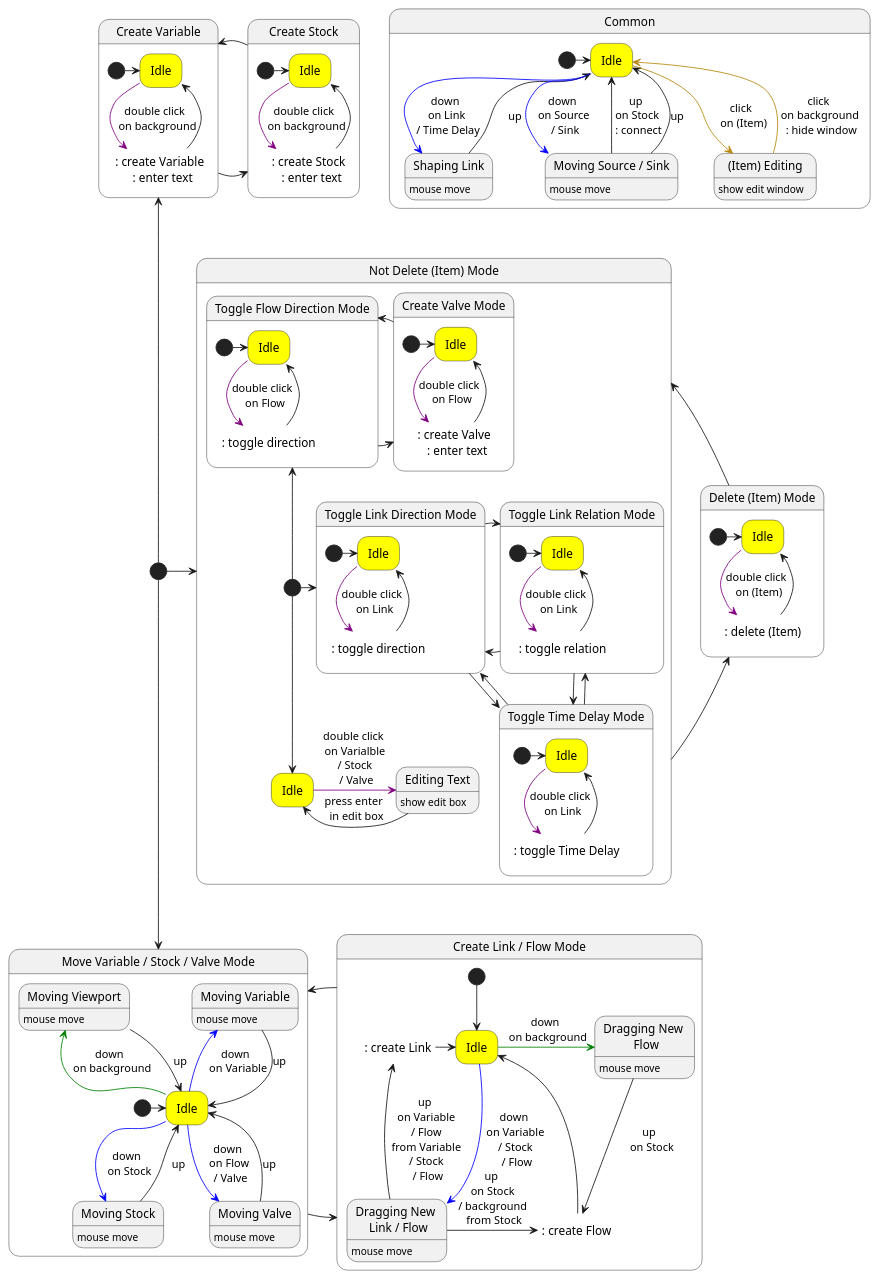
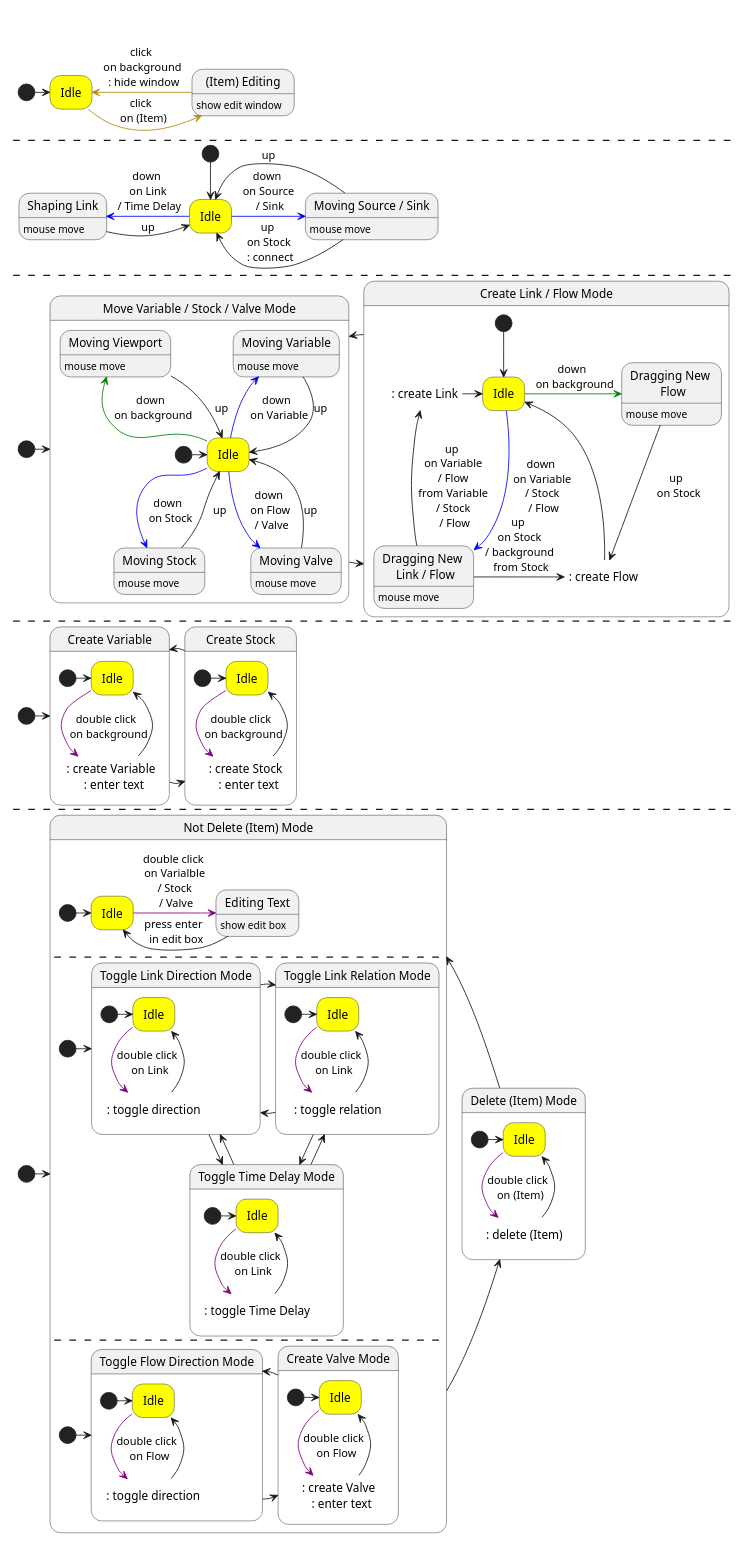
The diagram in docusaurus/docs/interaction.md (cidhuang/system-dynamics-tool), drawn with PlantUML before and after one commit.

Commit message:
docs: update interaction page

````diff
--- a/docusaurus/docs/interaction.md
+++ b/docusaurus/docs/interaction.md
@@ -98,185 +98,199 @@
 @startuml Interaction
 hide empty description
 
-state "Common" as common {
+state " " as common #white ##white {
+
+  [*] -> idleEdit
+  state "Idle" as idleEdit #yellow
+  state "(Item) Editing" as editing : show edit window
+  idleEdit -[#darkgoldenrod]> editing : click \n on (Item)
+  editing -up[#darkgoldenrod]> idleEdit : click \n on background \n : hide window
+
+  --
+
   state "Idle" as idle #yellow
   state "Shaping Link" as shapeLink : mouse move
   state "Moving Source / Sink" as moveSourceSink : mouse move
 
-  [*] -> idle
-  idle -[#blue]-> shapeLink : down \n on Link \n / Time Delay
-  shapeLink -up-> idle : up
+  [*] --> idle
+  idle -left[#blue]> shapeLink : down \n on Link \n / Time Delay
+  shapeLink -> idle : up
 
-  idle -[#blue]-> moveSourceSink : down \n on Source \n / Sink
-  moveSourceSink -up-> idle : up \n on Stock \n : connect
-  moveSourceSink -up-> idle : up
+  idle -[#blue]> moveSourceSink : down \n on Source \n / Sink
+  moveSourceSink -> idle : up \n on Stock \n : connect
+  moveSourceSink -> idle : up
 
-  state "(Item) Editing" as editing : show edit window
-  idle -[#darkgoldenrod]-> editing : click \n on (Item)
-  editing -up[#darkgoldenrod]-> idle : click \n on background \n : hide window
+  --
+
+  state "Move Variable / Stock / Valve Mode" as modeMoveVariableStock {
+    state "Idle" as idleMoveVariable #yellow
+    state "Moving Variable" as moveVariable : mouse move
+    state "Moving Stock" as moveStock : mouse move
+    state "Moving Valve" as moveValve : mouse move
+    state "Moving Viewport" as moveViewport : mouse move
+
+    [*] -> idleMoveVariable
+
+    idleMoveVariable -up[#blue]-> moveVariable : down \n on Variable
+    moveVariable --> idleMoveVariable : up
+
+    idleMoveVariable -[#blue]-> moveStock : down \n on Stock
+    moveStock -up-> idleMoveVariable : up
+
+    idleMoveVariable -[#blue]-> moveValve : down \n on Flow \n / Valve
+    moveValve -up-> idleMoveVariable : up
+
+    idleMoveVariable -up[#green]-> moveViewport : down \n on background
+    moveViewport --> idleMoveVariable : up
+
+  }
+
+  state "Create Link / Flow Mode" as modeAddLinkFlow {
+    state "Idle" as idleAddLink #yellow
+    state "Dragging New \n Link / Flow" as dragNewLinkFlow : mouse move
+    state ": create Link" as addLink #white ##white
+    state ": create Flow" as addFlow #white ##white
+    state "Dragging New \n Flow" as dragNewFlow : mouse move
+
+    [*] --> idleAddLink
+
+    idleAddLink -[#blue]-> dragNewLinkFlow : down \n on Variable \n / Stock \n / Flow
+
+    dragNewLinkFlow -up-> addLink : up \n on Variable \n / Flow \n from Variable \n / Stock \n / Flow
+    addLink -> idleAddLink
+
+    dragNewLinkFlow -> addFlow : up \n on Stock \n / background \n from Stock
+    addFlow -up-> idleAddLink
+
+    idleAddLink -[#green]> dragNewFlow : down \n on background
+    dragNewFlow --> addFlow : up \n on Stock
+
+  }
+
+  [*] -> modeMoveVariableStock
+  modeMoveVariableStock -> modeAddLinkFlow
+  modeAddLinkFlow -left> modeMoveVariableStock
+
+  --
+
+  state "Create Variable" as createVariableMode {
+    state "Idle" as idleCreateVariable #yellow
+    state ": create Variable \n : enter text" as createVariable #white ##white
+
+    [*] -> idleCreateVariable
+    idleCreateVariable -[#purple]-> createVariable : double click \n on background
+    createVariable -up-> idleCreateVariable
+
+  }
+
+  state "Create Stock" as createStockMode {
+    state "Idle" as idleCreateStock #yellow
+    state ": create Stock \n : enter text" as createStock #white ##white
+
+    [*] -> idleCreateStock
+    idleCreateStock -[#purple]-> createStock : double click \n on background
+    createStock -up-> idleCreateStock
+
+  }
+
+  [*] -> createVariableMode
+  createVariableMode -> createStockMode
+  createStockMode -> createVariableMode
+
+  --
+
+  state "Delete (Item) Mode" as deleteItemMode {
+    state "Idle" as idleDelete #yellow
+    state ": delete (Item)" as deleteItem #white ##white
+
+    [*] -> idleDelete
+    idleDelete -[#purple]-> deleteItem : double click \n on (Item)
+    deleteItem -up-> idleDelete
+
+  }
+
+  state "Not Delete (Item) Mode" as notDeleteItemMode {
+    state "Idle" as idleNotDeleteItemMode #yellow
+    state "Editing Text" as editText : show edit box
+
+    [*] -> idleNotDeleteItemMode
+    idleNotDeleteItemMode -[#purple]> editText : double click \n on Varialble \n / Stock \n / Valve
+    editText -> idleNotDeleteItemMode : press enter \n in edit box
+
+    --
+
+    state "Toggle Link Direction Mode" as toggleLinkDirectionMode {
+      state "Idle" as idleLinkDirection #yellow
+      state ": toggle direction" as toggleLinkDirection #white ##white
+
+      [*] -> idleLinkDirection
+      idleLinkDirection -[#purple]-> toggleLinkDirection : double click \n on Link
+      toggleLinkDirection -up-> idleLinkDirection
+
+    }
+
+    state "Toggle Link Relation Mode" as toggleLinkRelationMode {
+      state "Idle" as idleLinkRelation #yellow
+      state ": toggle relation" as toggleLinkRelation #white ##white
+
+      [*] -> idleLinkRelation
+      idleLinkRelation -[#purple]-> toggleLinkRelation : double click \n on Link
+      toggleLinkRelation -up-> idleLinkRelation
+
+    }
+
+    state "Toggle Time Delay Mode" as toggleTimeDelayMode {
+      state "Idle" as idleTimeDelay #yellow
+      state ": toggle Time Delay" as toggleTimeDelay #white ##white
+
+      [*] -> idleTimeDelay
+      idleTimeDelay -[#purple]-> toggleTimeDelay : double click \n on Link
+      toggleTimeDelay -up-> idleTimeDelay
+
+    }
+
+    [*] -> toggleLinkDirectionMode
+    toggleLinkRelationMode -left> toggleLinkDirectionMode
+    toggleLinkDirectionMode -> toggleLinkRelationMode
+    toggleTimeDelayMode --> toggleLinkRelationMode
+    toggleLinkRelationMode --> toggleTimeDelayMode
+    toggleTimeDelayMode --> toggleLinkDirectionMode
+    toggleLinkDirectionMode --> toggleTimeDelayMode
+
+    --
+
+    state "Toggle Flow Direction Mode" as toggleFlowDirectionMode {
+      state "Idle" as idleFlowDirection #yellow
+      state ": toggle direction" as toggleFlowDirection #white ##white
+
+      [*] -> idleFlowDirection
+      idleFlowDirection -[#purple]-> toggleFlowDirection : double click \n on Flow
+      toggleFlowDirection -up-> idleFlowDirection
+
+    }
+
+    state "Create Valve Mode" as toggleCreateValveMode {
+      state "Idle" as idleCreateValve #yellow
+      state ": create Valve \n : enter text" as toggleCreateValve #white ##white
+
+      [*] -> idleCreateValve
+      idleCreateValve -[#purple]-> toggleCreateValve : double click \n on Flow
+      toggleCreateValve -up-> idleCreateValve
+
+    }
+
+    [*] -> toggleFlowDirectionMode
+    toggleFlowDirectionMode -> toggleCreateValveMode
+    toggleCreateValveMode -> toggleFlowDirectionMode
+
+  }
+
+  [*] -> notDeleteItemMode
+
+  notDeleteItemMode -> deleteItemMode
+  deleteItemMode -left> notDeleteItemMode
 
 }
 
-state "Delete (Item) Mode" as deleteItemMode {
-  state "Idle" as idleDelete #yellow
-  state ": delete (Item)" as deleteItem #white ##white
-
-  [*] -> idleDelete
-  idleDelete -[#purple]-> deleteItem : double click \n on (Item)
-  deleteItem -up-> idleDelete
-
-}
-
-state "Create Variable" as createVariableMode {
-  state "Idle" as idleCreateVariable #yellow
-  state ": create Variable \n : enter text" as createVariable #white ##white
-
-  [*] -> idleCreateVariable
-  idleCreateVariable -[#purple]-> createVariable : double click \n on background
-  createVariable -up-> idleCreateVariable
-
-}
-
-state "Create Stock" as createStockMode {
-  state "Idle" as idleCreateStock #yellow
-  state ": create Stock \n : enter text" as createStock #white ##white
-
-  [*] -> idleCreateStock
-  idleCreateStock -[#purple]-> createStock : double click \n on background
-  createStock -up-> idleCreateStock
-
-}
-
-state "Not Delete (Item) Mode" as notDeleteItemMode {
-  state "Idle" as idleNotDeleteItemMode #yellow
-  state "Editing Text" as editText : show edit box
-
-  [*] --> idleNotDeleteItemMode
-  idleNotDeleteItemMode -[#purple]> editText : double click \n on Varialble \n / Stock \n / Valve
-  editText -> idleNotDeleteItemMode : press enter \n in edit box
-
-  state "Toggle Link Direction Mode" as toggleLinkDirectionMode {
-    state "Idle" as idleLinkDirection #yellow
-    state ": toggle direction" as toggleLinkDirection #white ##white
-
-    [*] -> idleLinkDirection
-    idleLinkDirection -[#purple]-> toggleLinkDirection : double click \n on Link
-    toggleLinkDirection -up-> idleLinkDirection
-
-  }
-
-  state "Toggle Link Relation Mode" as toggleLinkRelationMode {
-    state "Idle" as idleLinkRelation #yellow
-    state ": toggle relation" as toggleLinkRelation #white ##white
-
-    [*] -> idleLinkRelation
-    idleLinkRelation -[#purple]-> toggleLinkRelation : double click \n on Link
-    toggleLinkRelation -up-> idleLinkRelation
-
-  }
-
-  state "Toggle Time Delay Mode" as toggleTimeDelayMode {
-    state "Idle" as idleTimeDelay #yellow
-    state ": toggle Time Delay" as toggleTimeDelay #white ##white
-
-    [*] -> idleTimeDelay
-    idleTimeDelay -[#purple]-> toggleTimeDelay : double click \n on Link
-    toggleTimeDelay -up-> idleTimeDelay
-
-  }
-
-  state "Toggle Flow Direction Mode" as toggleFlowDirectionMode {
-    state "Idle" as idleFlowDirection #yellow
-    state ": toggle direction" as toggleFlowDirection #white ##white
-
-    [*] -> idleFlowDirection
-    idleFlowDirection -[#purple]-> toggleFlowDirection : double click \n on Flow
-    toggleFlowDirection -up-> idleFlowDirection
-
-  }
-
-  state "Create Valve Mode" as toggleCreateValveMode {
-    state "Idle" as idleCreateValve #yellow
-    state ": create Valve \n : enter text" as toggleCreateValve #white ##white
-
-    [*] -> idleCreateValve
-    idleCreateValve -[#purple]-> toggleCreateValve : double click \n on Flow
-    toggleCreateValve -up-> idleCreateValve
-
-  }
-
-  [*] -> toggleLinkDirectionMode
-  toggleLinkRelationMode -left> toggleLinkDirectionMode
-  toggleLinkDirectionMode -> toggleLinkRelationMode
-  toggleTimeDelayMode --> toggleLinkRelationMode
-  toggleLinkRelationMode --> toggleTimeDelayMode
-  toggleTimeDelayMode --> toggleLinkDirectionMode
-  toggleLinkDirectionMode --> toggleTimeDelayMode
-
-
-  [*] -up-> toggleFlowDirectionMode
-  toggleFlowDirectionMode -> toggleCreateValveMode
-  toggleCreateValveMode -> toggleFlowDirectionMode
-
-}
-
-state "Move Variable / Stock / Valve Mode" as modeMoveVariableStock {
-  state "Idle" as idleMoveVariable #yellow
-  state "Moving Variable" as moveVariable : mouse move
-  state "Moving Stock" as moveStock : mouse move
-  state "Moving Valve" as moveValve : mouse move
-  state "Moving Viewport" as moveViewport : mouse move
-
-  [*] -> idleMoveVariable
-
-  idleMoveVariable -up[#blue]-> moveVariable : down \n on Variable
-  moveVariable --> idleMoveVariable : up
-
-  idleMoveVariable -[#blue]-> moveStock : down \n on Stock
-  moveStock -up-> idleMoveVariable : up
-
-  idleMoveVariable -[#blue]-> moveValve : down \n on Flow \n / Valve
-  moveValve -up-> idleMoveVariable : up
-
-  idleMoveVariable -up[#green]-> moveViewport : down \n on background
-  moveViewport --> idleMoveVariable : up
-
-}
-
-state "Create Link / Flow Mode" as modeAddLinkFlow {
-  state "Idle" as idleAddLink #yellow
-  state "Dragging New \n Link / Flow" as dragNewLinkFlow : mouse move
-  state ": create Link" as addLink #white ##white
-  state ": create Flow" as addFlow #white ##white
-  state "Dragging New \n Flow" as dragNewFlow : mouse move
-
-  [*] --> idleAddLink
-
-  idleAddLink -[#blue]-> dragNewLinkFlow : down \n on Variable \n / Stock \n / Flow
-
-  dragNewLinkFlow -up-> addLink : up \n on Variable \n / Flow \n from Variable \n / Stock \n / Flow
-  addLink -> idleAddLink
-
-  dragNewLinkFlow -> addFlow : up \n on Stock \n / background \n from Stock
-  addFlow -up-> idleAddLink
-
-  idleAddLink -[#green]> dragNewFlow : down \n on background
-  dragNewFlow --> addFlow : up \n on Stock
-
-}
-
-[*] -up-> createVariableMode
-createVariableMode -> createStockMode
-createStockMode -left> createVariableMode
-
-[*] -> notDeleteItemMode
-
-[*] --> modeMoveVariableStock
-modeMoveVariableStock -> modeAddLinkFlow
-modeAddLinkFlow -left> modeMoveVariableStock
-
-notDeleteItemMode -> deleteItemMode
-deleteItemMode -left> notDeleteItemMode
-
 @enduml
 ```
````
